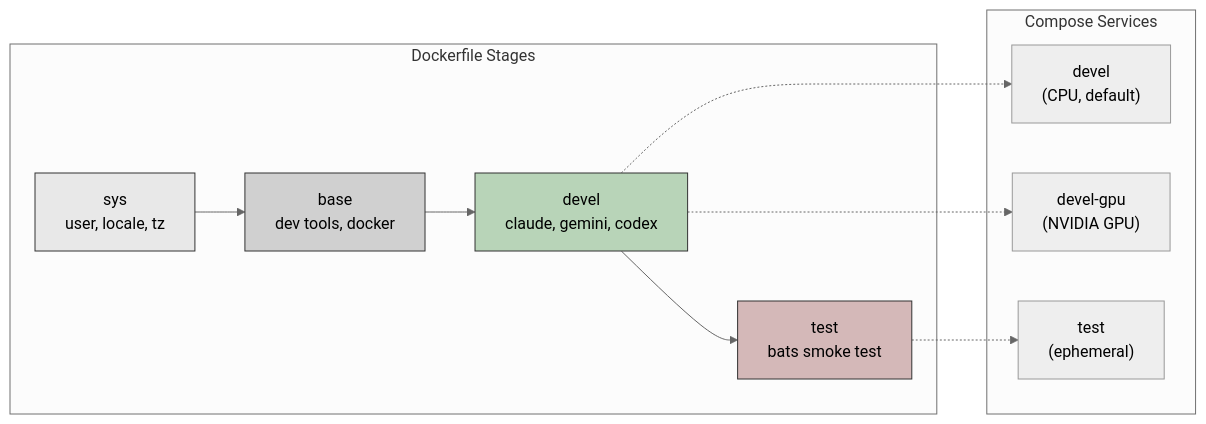
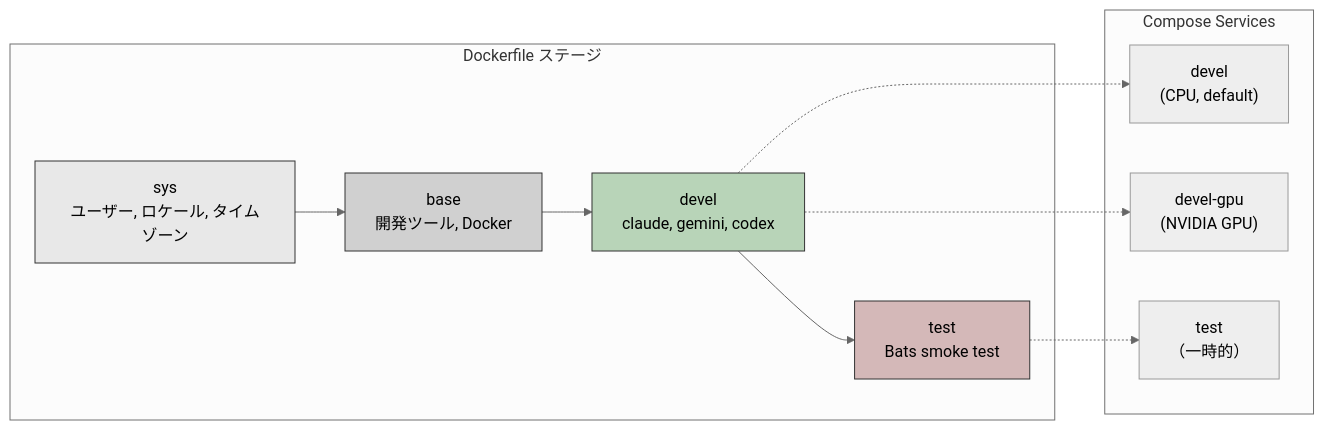
The second of 3 diagrams in doc/README.ja.md (ycpss91255-docker/ai_agent), drawn with Mermaid (neutral theme) before and after one commit. The commit also changed other lines of this file and 2 other files, not shown here.

First line of the commit message:
docs: keep 'smoke test' as proper noun in i18n

````diff
--- a/doc/README.ja.md
+++ b/doc/README.ja.md
@@ -77,26 +77,26 @@
 ```mermaid
 graph LR
-    subgraph "Dockerfile Stages"
-        sys["sys<br/>user, locale, tz"]
-        base["base<br/>dev tools, docker"]
+    subgraph "Dockerfile ステージ"
+        sys["sys<br/>ユーザー, ロケール, タイムゾーン"]
+        base["base<br/>開発ツール, Docker"]
         devel["devel<br/>claude, gemini, codex"]
-        test["test<br/>bats smoke test"]
+        test["test<br/>Bats smoke test"]
     end
 
     sys --> base --> devel --> test
 
     subgraph "Compose Services"
         S_CPU["devel<br/>(CPU, default)"]
         S_GPU["devel-gpu<br/>(NVIDIA GPU)"]
-        S_Test["test<br/>(ephemeral)"]
+        S_Test["test<br/>（一時的）"]
     end
 
     devel -.-> S_CPU
     devel -.-> S_GPU
     test -.-> S_Test
 
     style sys fill:#e8e8e8,stroke:#333
     style base fill:#d0d0d0,stroke:#333
     style devel fill:#b8d4b8,stroke:#333
     style test fill:#d4b8b8,stroke:#333
 ```
````
